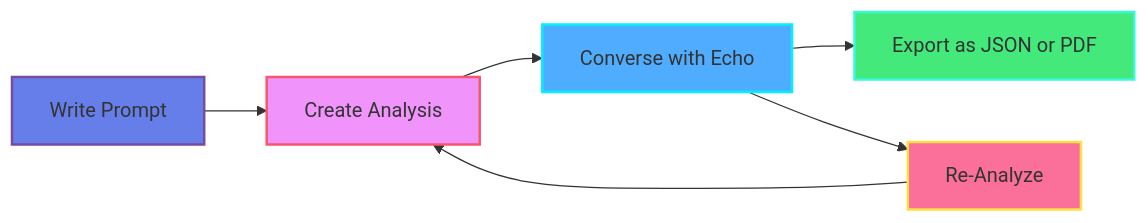
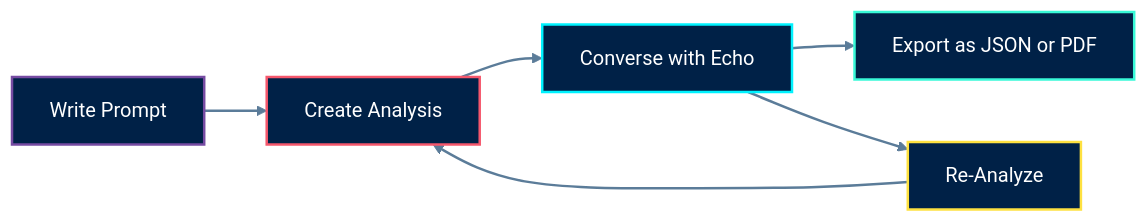
One commit to MoNejjar/echo-hallucination-detect changed the diagram in docs/diagrams/user-flow.mmd. Above: the diagram before and after it, drawn with Mermaid. The commit also changed 7 other files, not shown here.

Commit message:
various diagrams added

```diff
--- a/docs/diagrams/user-flow.mmd
+++ b/docs/diagrams/user-flow.mmd
@@ -1,15 +1,17 @@
 %% User Flow Diagram
 %% Render with: mmdc -i user-flow.mmd -o user-flow.svg
 
 flowchart LR
     A[Write Prompt] --> B[Create Analysis]
     B --> C[Converse with Echo]
     C --> D[Export as JSON or PDF]
     C --> E[Re-Analyze]
     E --> B
     
-    style A fill:#667eea,stroke:#764ba2,stroke-width:2px
-    style B fill:#f093fb,stroke:#f5576c,stroke-width:2px
-    style C fill:#4facfe,stroke:#00f2fe,stroke-width:2px
-    style D fill:#43e97b,stroke:#38f9d7,stroke-width:2px
-    style E fill:#fa709a,stroke:#fee140,stroke-width:2px
+    style A fill:#002147,stroke:#764ba2,stroke-width:2px,color:#ffffff
+    style B fill:#002147,stroke:#f5576c,stroke-width:2px,color:#ffffff
+    style C fill:#002147,stroke:#00f2fe,stroke-width:2px,color:#ffffff
+    style D fill:#002147,stroke:#38f9d7,stroke-width:2px,color:#ffffff
+    style E fill:#002147,stroke:#fee140,stroke-width:2px,color:#ffffff
+
+    linkStyle default stroke:#5B7C99,stroke-width:2px,color:#5B7C99
```
